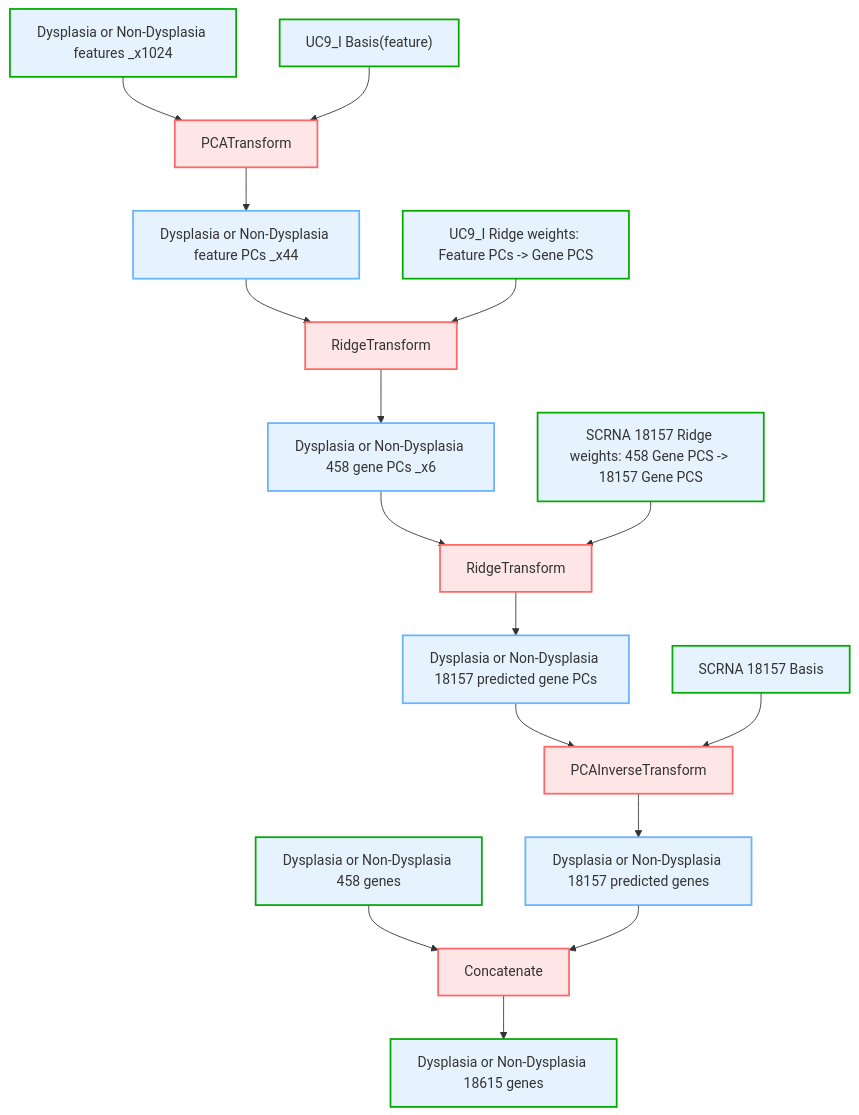
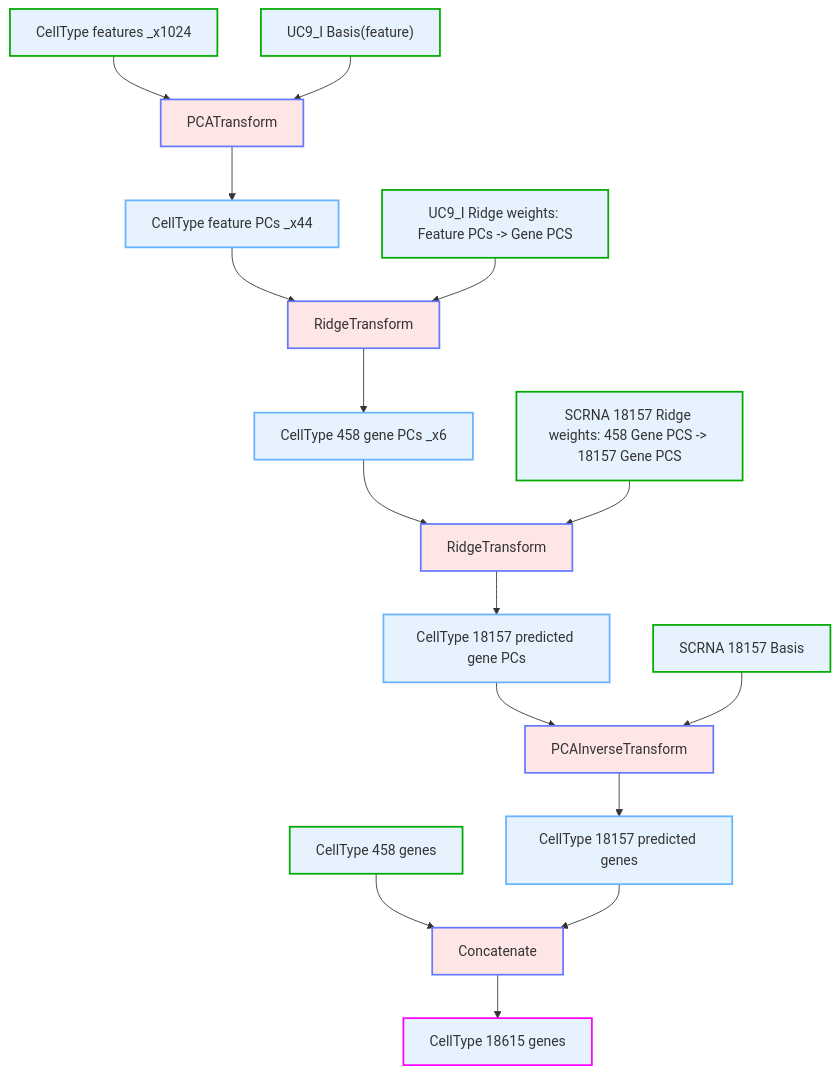
One commit to catskillsresearch/broad-3-catskills changed the diagram in mermaid/plasia_gene_inference.mmd. Above: the diagram before and after it, drawn with Mermaid. The commit also changed 4 other files, not shown here.

```diff
--- a/mermaid/plasia_gene_inference.mmd
+++ b/mermaid/plasia_gene_inference.mmd
@@ -1,26 +1,28 @@
 %%{init: {'themeVariables': {'nodeTextColor':'#000'}}}%%
 flowchart TD
     classDef data fill:#e6f3ff,stroke:#66b3ff,stroke-width:2px
-    classDef greenBorder fill:#e6f3ff,stroke:#00AA00,stroke-width:2px
-    classDef op fill:#ffe6e6,stroke:#ff6666,stroke-width:2px,shape:round-rect
+    classDef op fill:#ffe6e6,stroke:#667aff,stroke-width:2px,shape:round-rect
+    classDef inputData fill:#e6f3ff,stroke:#00AA00,stroke-width:2px
+    classDef outputData fill:#e6f3ff,stroke:#FF00FF,stroke-width:2px
+    classDef outputMetric fill:#e6f3ff,stroke:#FFFF00,stroke-width:2px
 
-    data5["UC9_I Basis(feature)"]:::greenBorder  
-    data10["UC9_I Ridge weights: Feature PCs -> Gene PCS"]:::greenBorder
-    data19["SCRNA 18157 Basis"]:::greenBorder
-    data22["SCRNA 18157 Ridge weights: 458 Gene PCS -> 18157 Gene PCS"]:::greenBorder
-    data30["Dysplasia or Non-Dysplasia features _x1024"]:::greenBorder 
-    data40["Dysplasia or Non-Dysplasia 18615 genes"]:::greenBorder  
+    data5["UC9_I Basis(feature)"]:::inputData  
+    data10["UC9_I Ridge weights: Feature PCs -> Gene PCS"]:::inputData
+    data19["SCRNA 18157 Basis"]:::inputData
+    data22["SCRNA 18157 Ridge weights: 458 Gene PCS -> 18157 Gene PCS"]:::inputData
+    data30["CellType features _x1024"]:::inputData 
+    data40["CellType 18615 genes"]:::outputData  
 
     op21["PCATransform"]:::op
     op23["RidgeTransform"]:::op
     op25["RidgeTransform"]:::op
     op27["PCAInverseTransform"]:::op
     op29["Concatenate"]:::op
 
     data30 & data5 --> op21
-    op21 --> data32["Dysplasia or Non-Dysplasia feature PCs _x44"]:::data
-    data32 & data10 --> op23 --> data34["Dysplasia or Non-Dysplasia 458 gene PCs _x6"]:::data
-    data34 & data22 --> op25 --> data36["Dysplasia or Non-Dysplasia 18157 predicted gene PCs"]:::data
-    data36 & data19 --> op27 --> data38["Dysplasia or Non-Dysplasia 18157 predicted genes"]:::data
-    data42["Dysplasia or Non-Dysplasia 458 genes"]:::greenBorder
+    op21 --> data32["CellType feature PCs _x44"]:::data
+    data32 & data10 --> op23 --> data34["CellType 458 gene PCs _x6"]:::data
+    data34 & data22 --> op25 --> data36["CellType 18157 predicted gene PCs"]:::data
+    data36 & data19 --> op27 --> data38["CellType 18157 predicted genes"]:::data
+    data42["CellType 458 genes"]:::inputData
     data42 & data38 --> op29 --> data40
```
